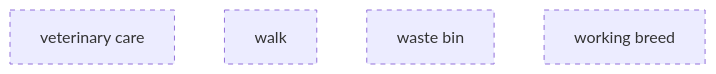
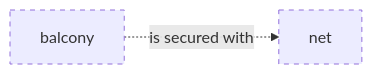
Diagram 11 of 35 in data/ontology-pets-and-house-rules/03_release/00_raw/level-2.md (belaboros/DomainAiAssistant), drawn with Mermaid before and after one commit. The commit also changed other lines of this file and 291 other files, not shown here.

````diff
--- a/data/ontology-pets-and-house-rules/03_release/00_raw/level-2.md
+++ b/data/ontology-pets-and-house-rules/03_release/00_raw/level-2.md
@@ -142,9 +214,8 @@
 ```mermaid
-flowchart TB
+flowchart LR
     classDef draft stroke-dasharray: 5 5
-    cn_01M82AC66KMJH32E2MQ3Z7ZBKR["veterinary care"]
-    cn_01M82AFTZDSHCD0SK6T4N2YZWA["walk"]
-    cn_01M82AH1GXVV72WP99JQXMH6XT["waste bin"]
-    cn_01M82AH1GXVV72WP99JQXMH6XR["working breed"]
-    class cn_01M82AC66KMJH32E2MQ3Z7ZBKR,cn_01M82AFTZDSHCD0SK6T4N2YZWA,cn_01M82AH1GXVV72WP99JQXMH6XT,cn_01M82AH1GXVV72WP99JQXMH6XR draft
+    cn_01M82ARW4GRHWZH2QAVQ4Z6C2Z["balcony"]
+    cn_01M82ARW4GRHWZH2QAVQ4Z6C30["net"]
+    cn_01M82ARW4GRHWZH2QAVQ4Z6C2Z -. "is secured with" .-> cn_01M82ARW4GRHWZH2QAVQ4Z6C30
+    class cn_01M82ARW4GRHWZH2QAVQ4Z6C2Z,cn_01M82ARW4GRHWZH2QAVQ4Z6C30 draft
 ```
````
